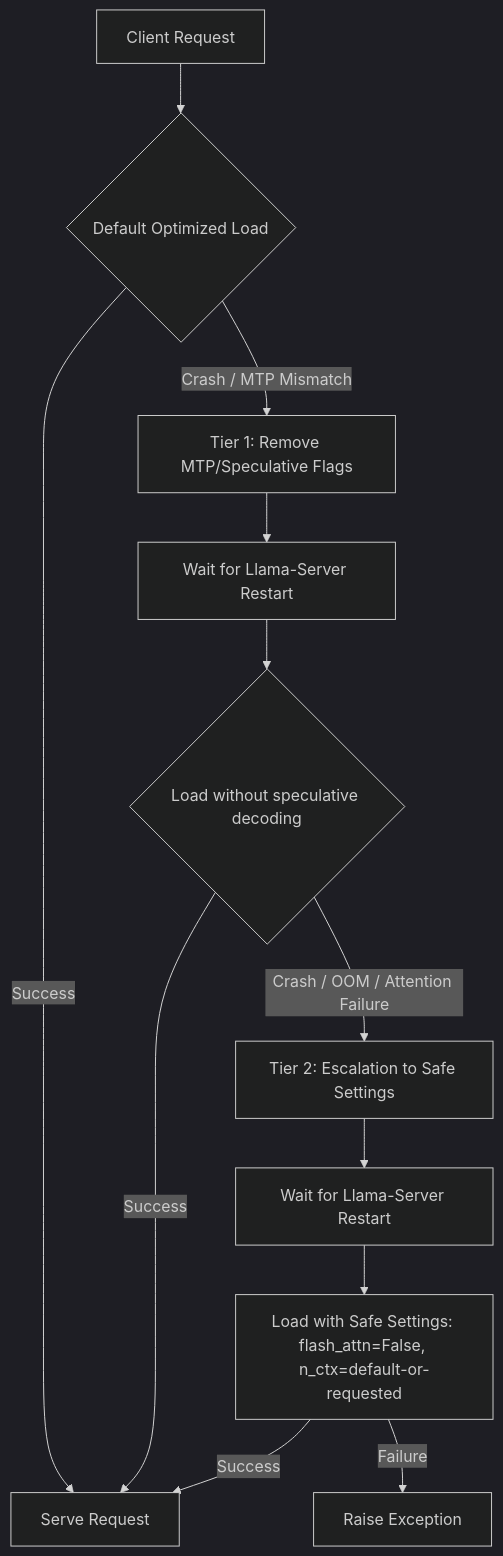
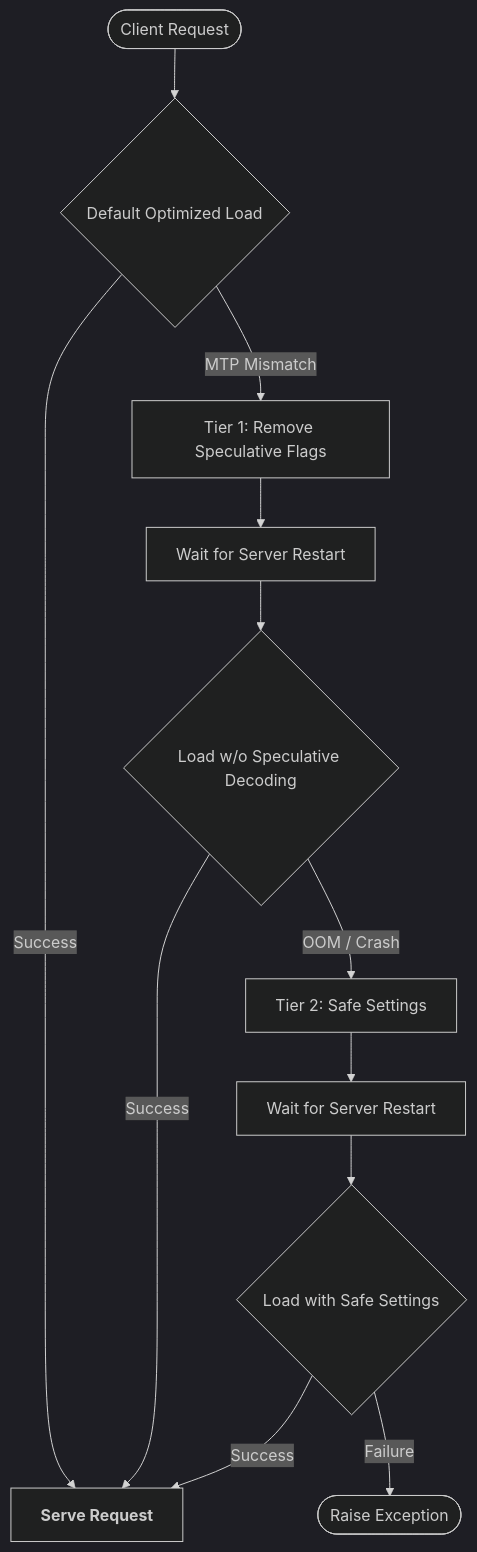
The diagram in README.md (JMiahMan1/alpaca), drawn with Mermaid (dark theme) before and after one commit.

Commit message:
fix: simplify mermaid diagram to resolve rendering error

````diff
--- a/README.md
+++ b/README.md
@@ -50,14 +50,14 @@
 ```mermaid
-graph TD
-    A[Client Request] --> B{Default Optimized Load}
-    B -->|Success| C[Serve Request]
-    B -->|Crash / MTP Mismatch| D[Tier 1: Remove MTP/Speculative Flags]
-    D --> E[Wait for Llama-Server Restart]
-    E --> F{Load without speculative decoding}
-    F -->|Success| C
-    F -->|Crash / OOM / Attention Failure| G[Tier 2: Escalation to Safe Settings]
-    G --> H[Wait for Llama-Server Restart]
-    H --> I[Load with Safe Settings: flash_attn=False, n_ctx=default-or-requested]
-    I -->|Success| C
-    I -->|Failure| J[Raise Exception]
+flowchart TD
+    Start([Client Request]) --> Default{Default Optimized Load}
+    Default -->|Success| Serve[<b>Serve Request</b>]
+    Default -->|MTP Mismatch| T1[Tier 1: Remove Speculative Flags]
+    T1 --> Restart1[Wait for Server Restart]
+    Restart1 --> NoSpec{Load w/o Speculative Decoding}
+    NoSpec -->|Success| Serve
+    NoSpec -->|OOM / Crash| T2[Tier 2: Safe Settings]
+    T2 --> Restart2[Wait for Server Restart]
+    Restart2 --> Safe{Load with Safe Settings}
+    Safe -->|Success| Serve
+    Safe -->|Failure| Fail([Raise Exception])
 ```
````
